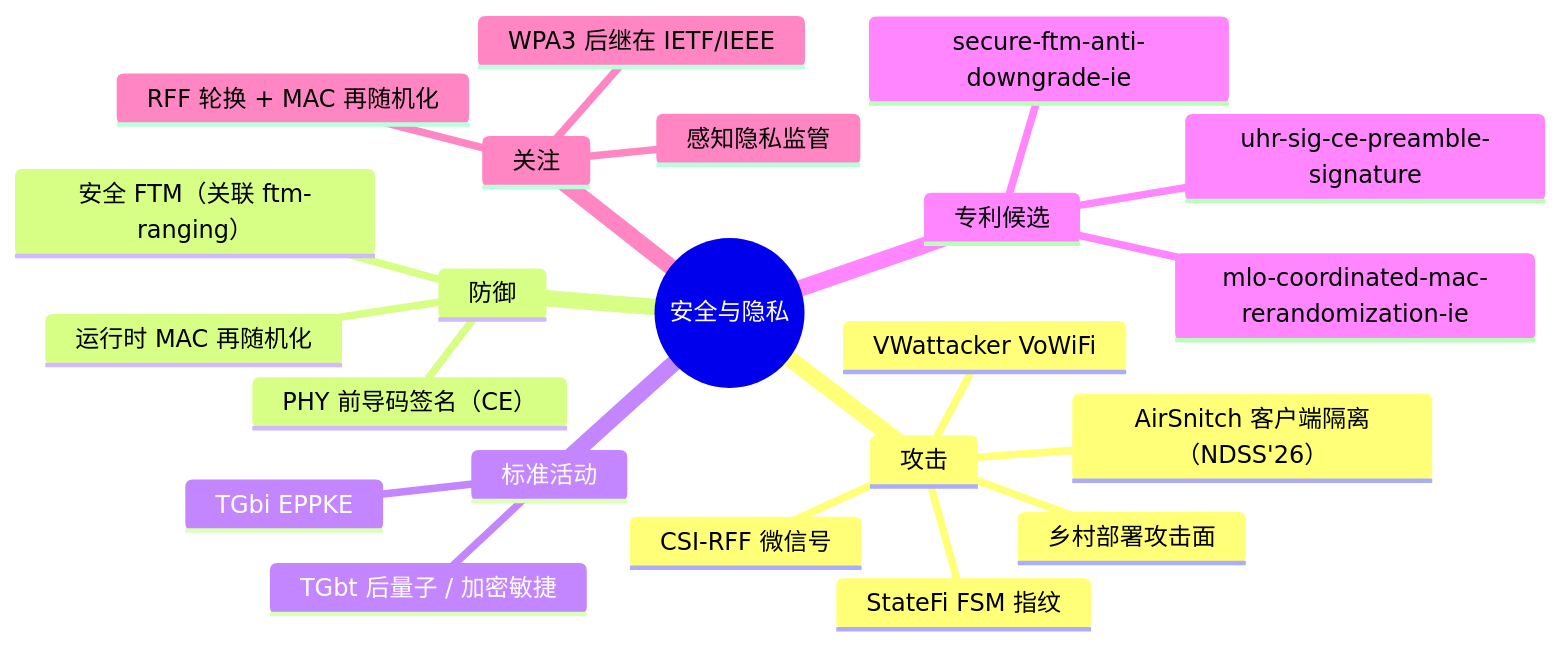
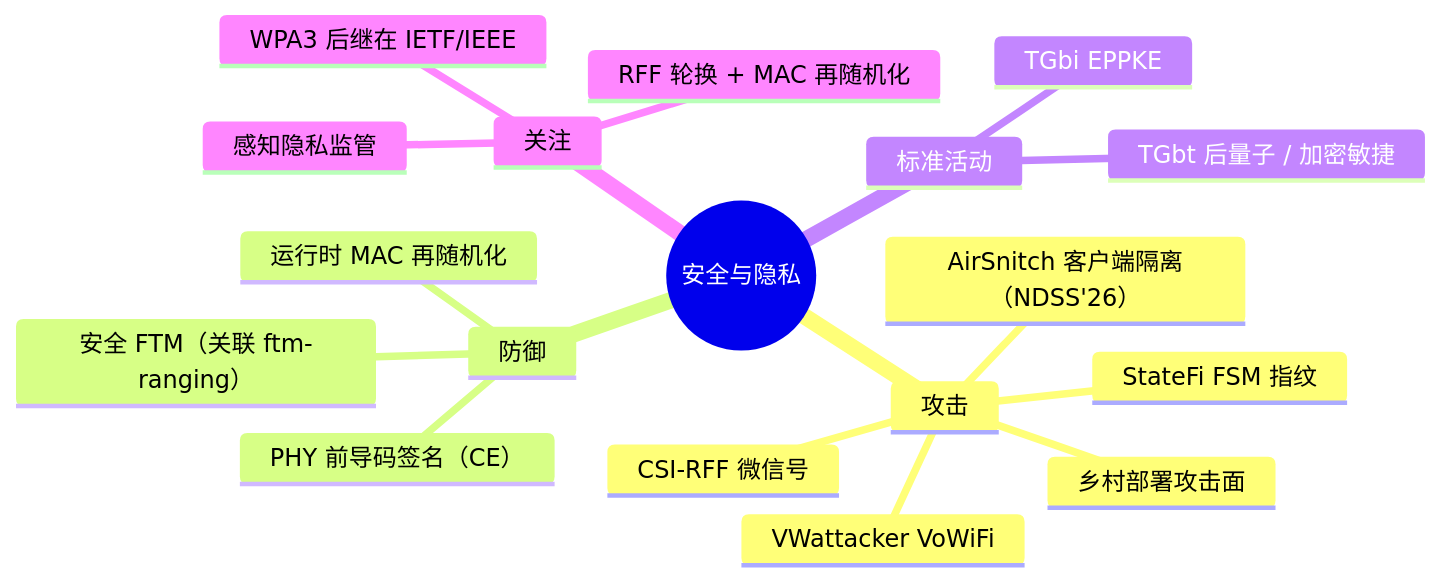
Before and after one commit to ntutangyun/wireless_comm_knowledge_base: the diagram in topics/security-privacy.diagram.zh.mmd, drawn with Mermaid. The commit also changed 18 other files, not shown here.

Commit message:
Topics: scrub non-neutral strategy language from public narratives/diagrams; seed sat-direct-device and uwb-fi-ra narratives + mindmaps

```diff
--- a/topics/security-privacy.diagram.zh.mmd
+++ b/topics/security-privacy.diagram.zh.mmd
@@ -1,23 +1,19 @@
 mindmap
   root((安全与隐私))
     攻击
       AirSnitch 客户端隔离（NDSS'26）
       CSI-RFF 微信号
       StateFi FSM 指纹
       VWattacker VoWiFi
       乡村部署攻击面
     防御
       PHY 前导码签名（CE）
       运行时 MAC 再随机化
       安全 FTM（关联 ftm-ranging）
     标准活动
       TGbi EPPKE
       TGbt 后量子 / 加密敏捷
-    专利候选
-      uhr-sig-ce-preamble-signature
-      mlo-coordinated-mac-rerandomization-ie
-      secure-ftm-anti-downgrade-ie
     关注
       WPA3 后继在 IETF/IEEE
       感知隐私监管
       RFF 轮换 + MAC 再随机化
```
